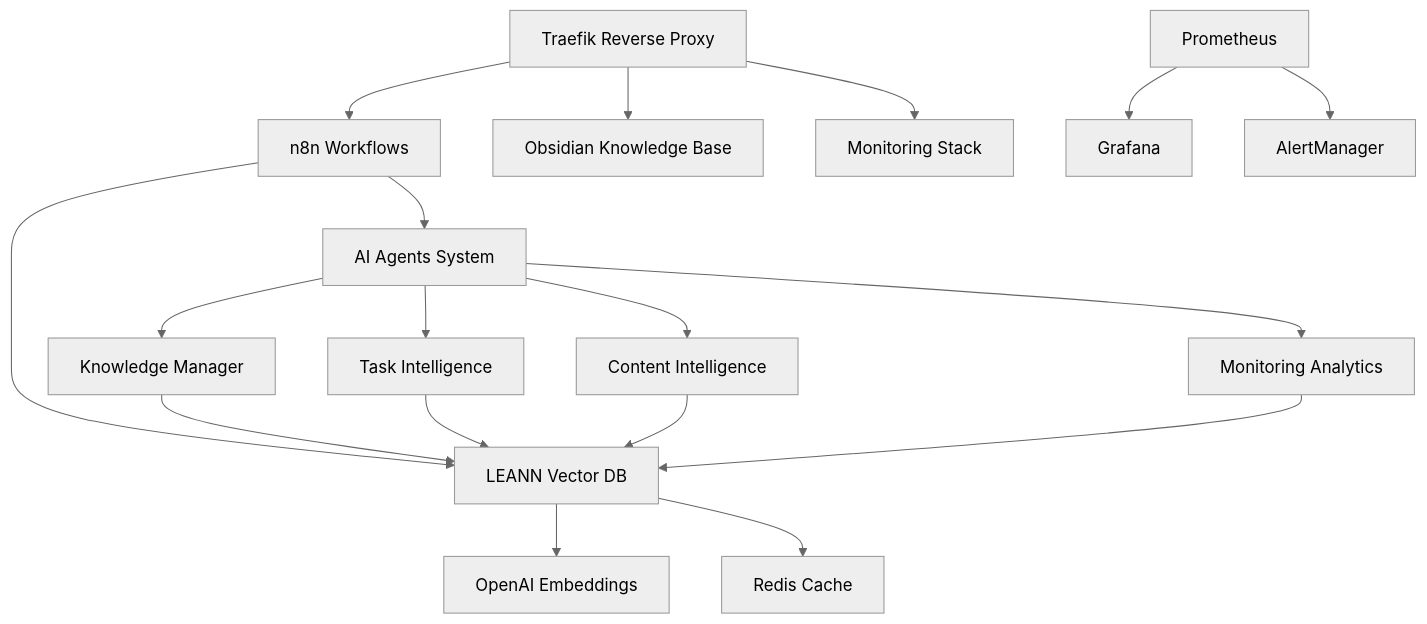
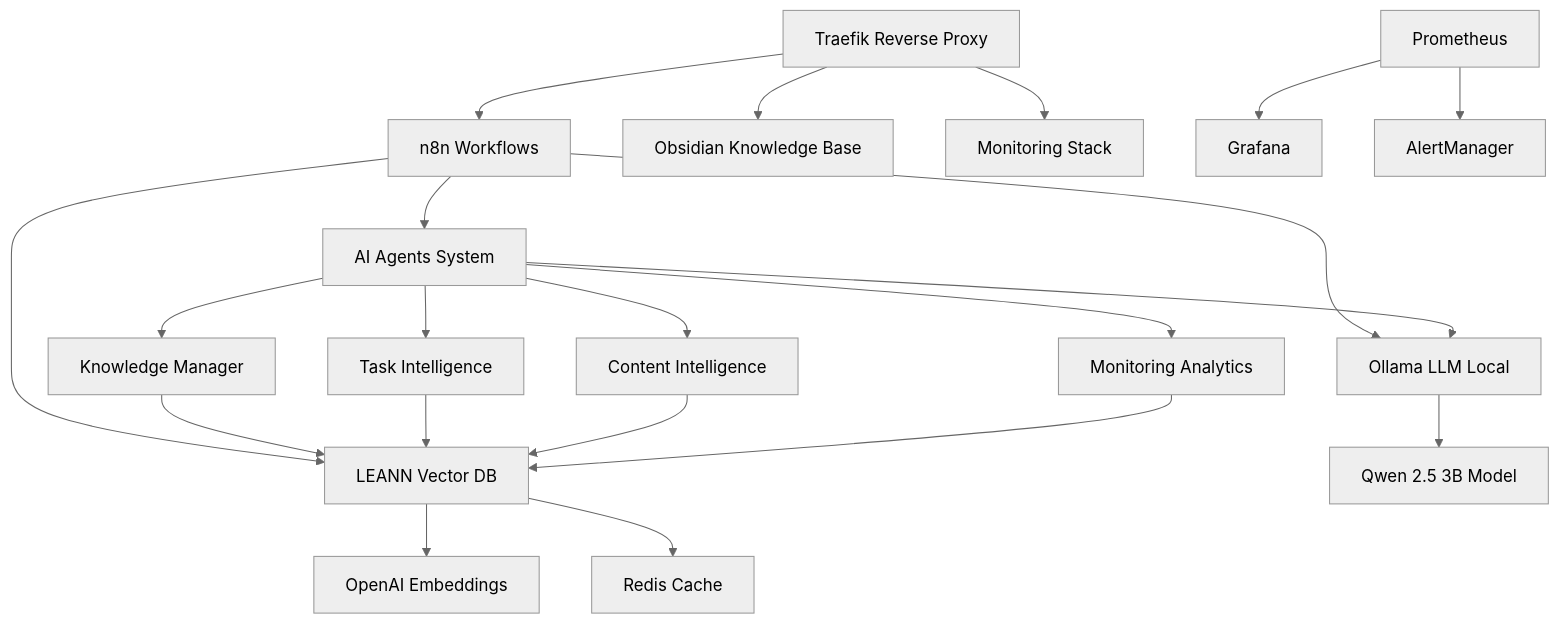
One commit to fredericosanntana/ai-infrastructure-stack changed the diagram in README.md. Above: the diagram before and after it, drawn with Mermaid (neutral theme). The commit also changed other lines of this file and 4 other files, not shown here.

First line of the commit message:
feat: Add Ollama Local LLM integration

````diff
--- a/README.md
+++ b/README.md
@@ -22,24 +23,28 @@
 ```mermaid
 graph TD
     A[Traefik Reverse Proxy] --> B[n8n Workflows]
     A --> C[Obsidian Knowledge Base]
     A --> D[Monitoring Stack]
-    
+
     B --> E[AI Agents System]
     E --> F[Knowledge Manager]
     E --> G[Task Intelligence]
     E --> H[Content Intelligence]
     E --> I[Monitoring Analytics]
-    
+
     J[LEANN Vector DB] --> K[OpenAI Embeddings]
     J --> L[Redis Cache]
-    
+
+    P[Ollama LLM Local] --> Q[Qwen 2.5 3B Model]
+    B --> P
+    E --> P
+
     B --> J
     F --> J
     G --> J
     H --> J
     I --> J
-    
+
     M[Prometheus] --> N[Grafana]
     M --> O[AlertManager]
 ```
````
